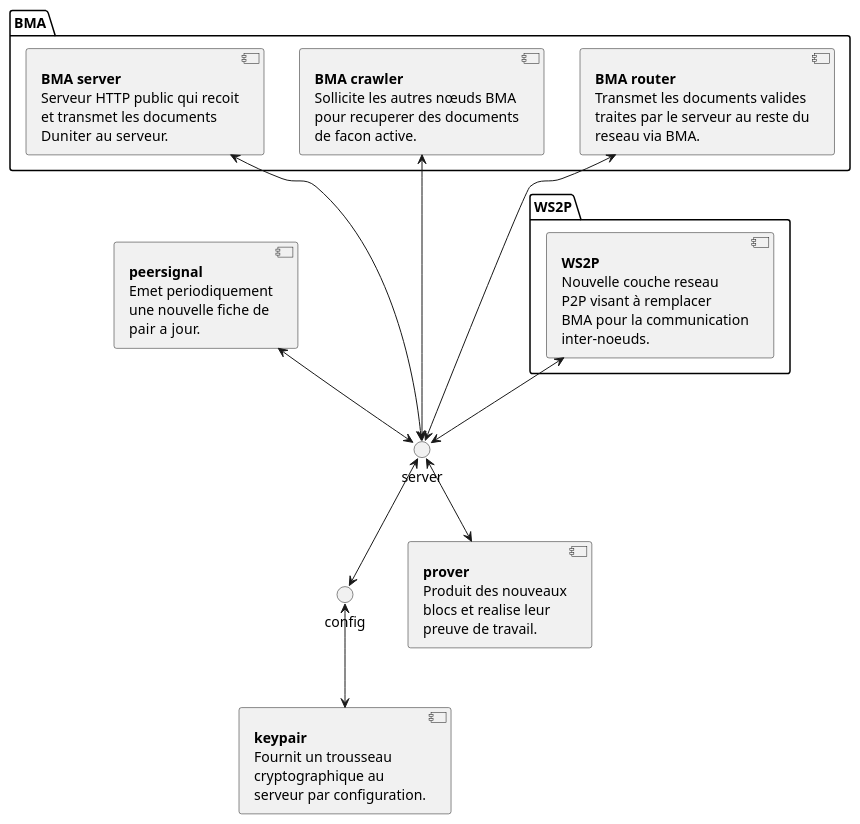
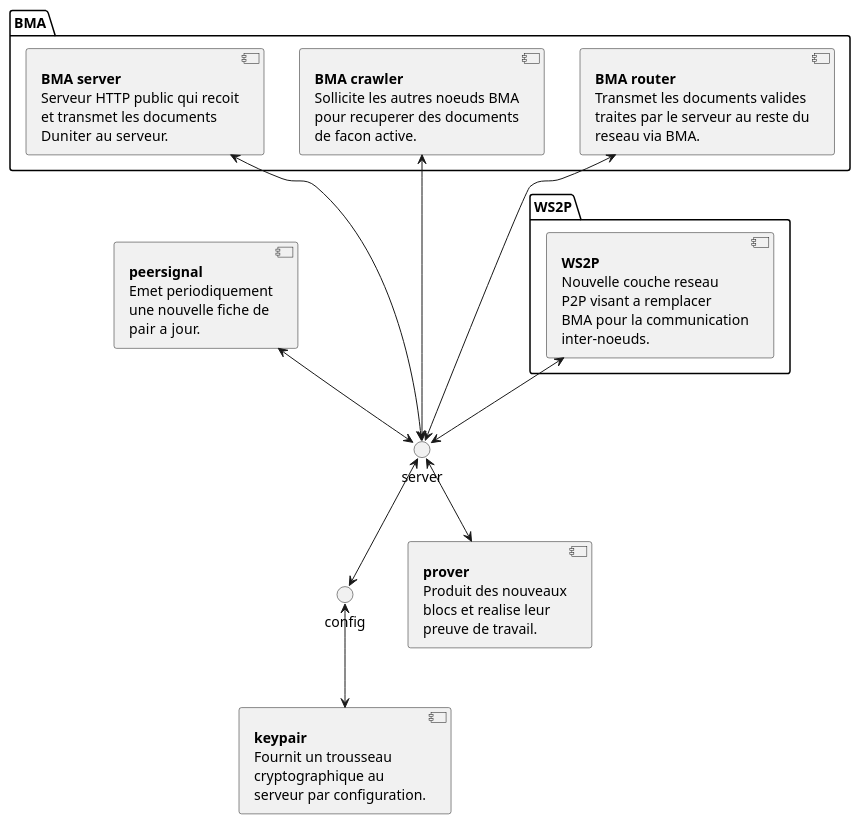
The fourth of 8 diagrams in content/pages/wiki/duniter/tutoriel-dev/chapitre-5-architecture.md (duniter/website_fr), drawn with PlantUML before and after one commit. The commit also changed other lines of this file, not shown here.

Commit message:
[fix] tutoriel-dev revert non-ASCII char for UML generation.

```diff
--- a/content/pages/wiki/duniter/tutoriel-dev/chapitre-5-architecture.md
+++ b/content/pages/wiki/duniter/tutoriel-dev/chapitre-5-architecture.md
@@ -361,18 +361,18 @@
 @startuml
 
 server <--> config
 config <--> [**keypair**\nFournit un trousseau\ncryptographique au\nserveur par configuration.]
 server <--> [**prover**\nProduit des nouveaux\nblocs et realise leur\npreuve de travail.]
 [**peersignal**\nEmet periodiquement\nune nouvelle fiche de\npair a jour.] <--> server
 
 package "BMA" {
   [**BMA server**\nServeur HTTP public qui recoit\net transmet les documents\nDuniter au serveur.] <---> server
-  [**BMA crawler**\nSollicite les autres nœuds BMA\npour recuperer des documents\nde facon active.] <---> server
+  [**BMA crawler**\nSollicite les autres noeuds BMA\npour recuperer des documents\nde facon active.] <---> server
   [**BMA router**\nTransmet les documents valides\ntraites par le serveur au reste du\nreseau via BMA.] <---> server
 }
 
 package "WS2P" {
-    [**WS2P**\nNouvelle couche reseau\nP2P visant à remplacer\nBMA pour la communication\ninter-noeuds.] <--> server
+    [**WS2P**\nNouvelle couche reseau\nP2P visant a remplacer\nBMA pour la communication\ninter-noeuds.] <--> server
 }
 
 @enduml
```
